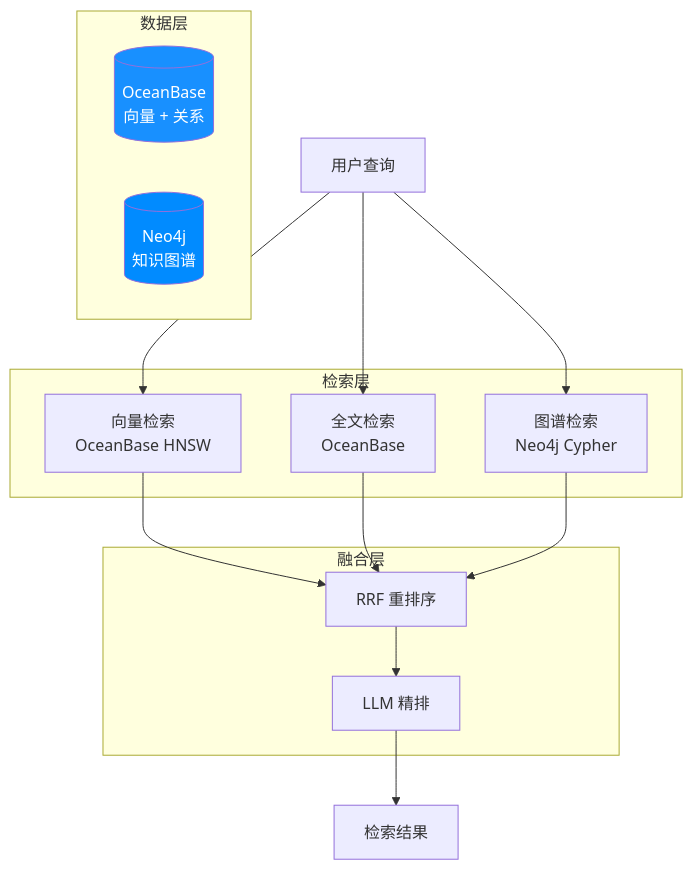
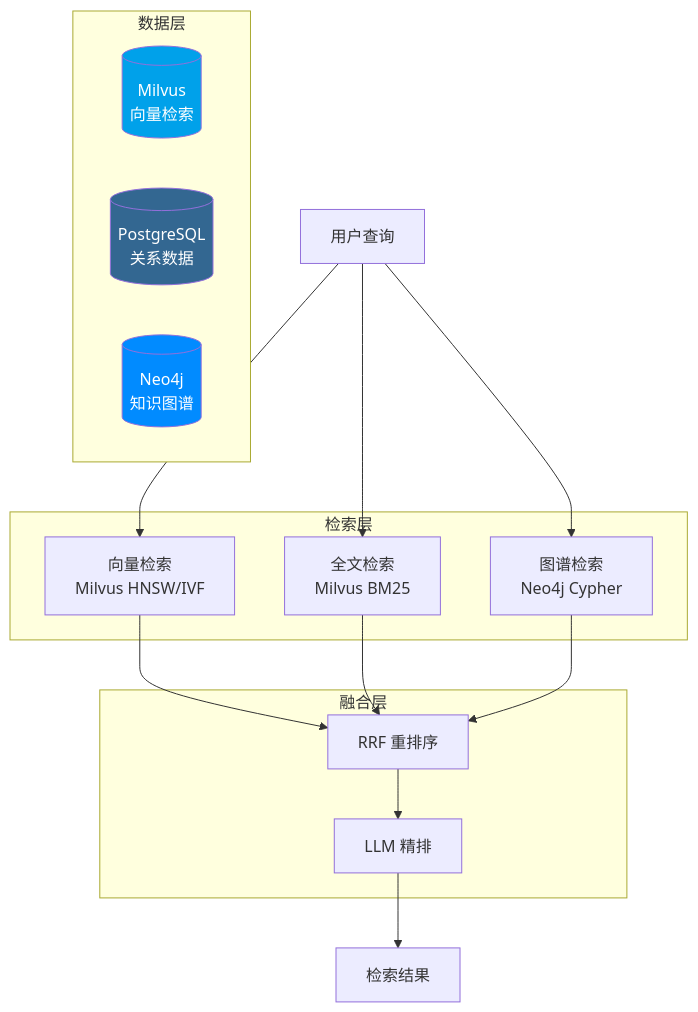
One commit to ThreeFish-AI/agentic-ai-cognizes changed diagram 16 of 16 in docs/research/004-vector-databases.md. Above: the diagram before and after it, drawn with Mermaid. The commit also changed other lines of this file, not shown here.

````diff
--- a/docs/research/004-vector-databases.md
+++ b/docs/research/004-vector-databases.md
@@ -947,26 +1144,28 @@
 ```mermaid
 graph TB
     subgraph "数据层"
-        OB[(OceanBase<br/>向量 + 关系)]
+        MV[(Milvus<br/>向量检索)]
+        PG[(PostgreSQL<br/>关系数据)]
         Neo4j[(Neo4j<br/>知识图谱)]
     end
 
     subgraph "检索层"
-        VEC[向量检索<br/>OceanBase HNSW]
-        FTS[全文检索<br/>OceanBase]
+        VEC[向量检索<br/>Milvus HNSW/IVF]
+        FTS[全文检索<br/>Milvus BM25]
         GRAPH[图谱检索<br/>Neo4j Cypher]
     end
 
     subgraph "融合层"
         RRF[RRF 重排序]
         LLM[LLM 精排]
     end
 
     Query[用户查询] --> VEC & FTS & GRAPH
     VEC & FTS & GRAPH --> RRF
     RRF --> LLM
     LLM --> Result[检索结果]
 
-    style OB fill:#1890ff,color:#fff
+    style MV fill:#00A1EA,color:#fff
+    style PG fill:#336791,color:#fff
     style Neo4j fill:#018bff,color:#fff
 ```
````
